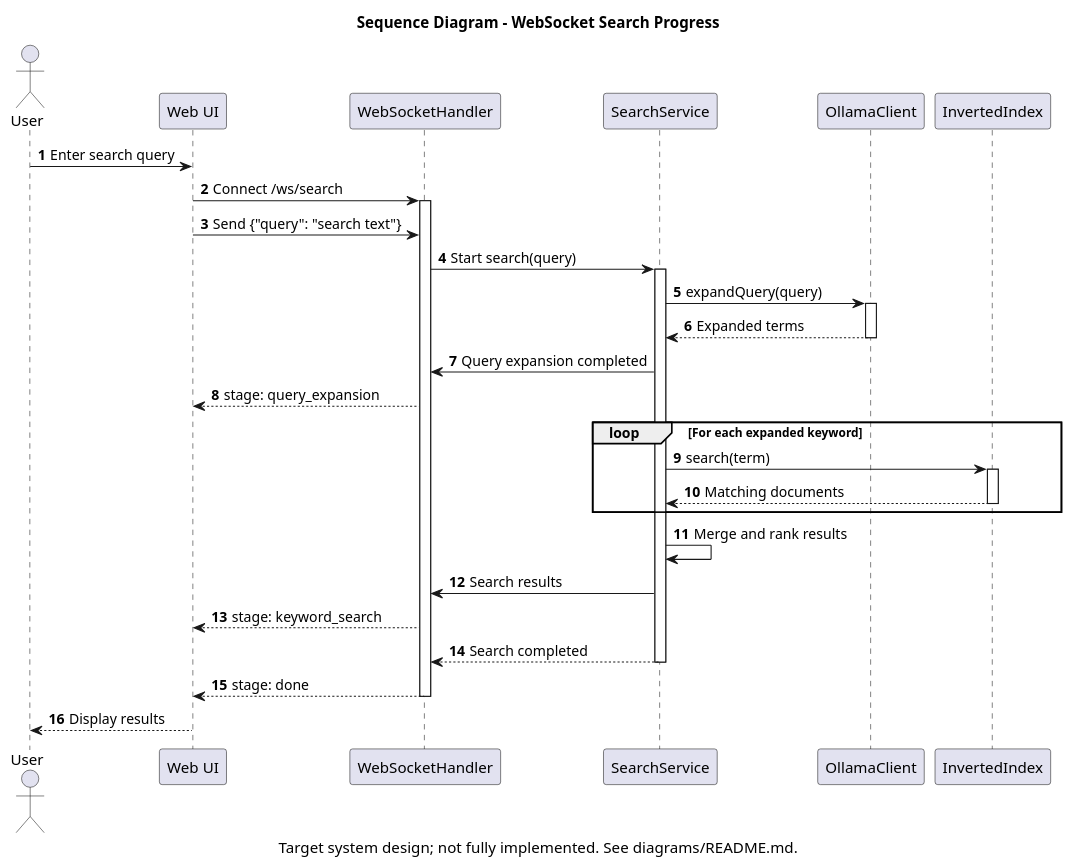
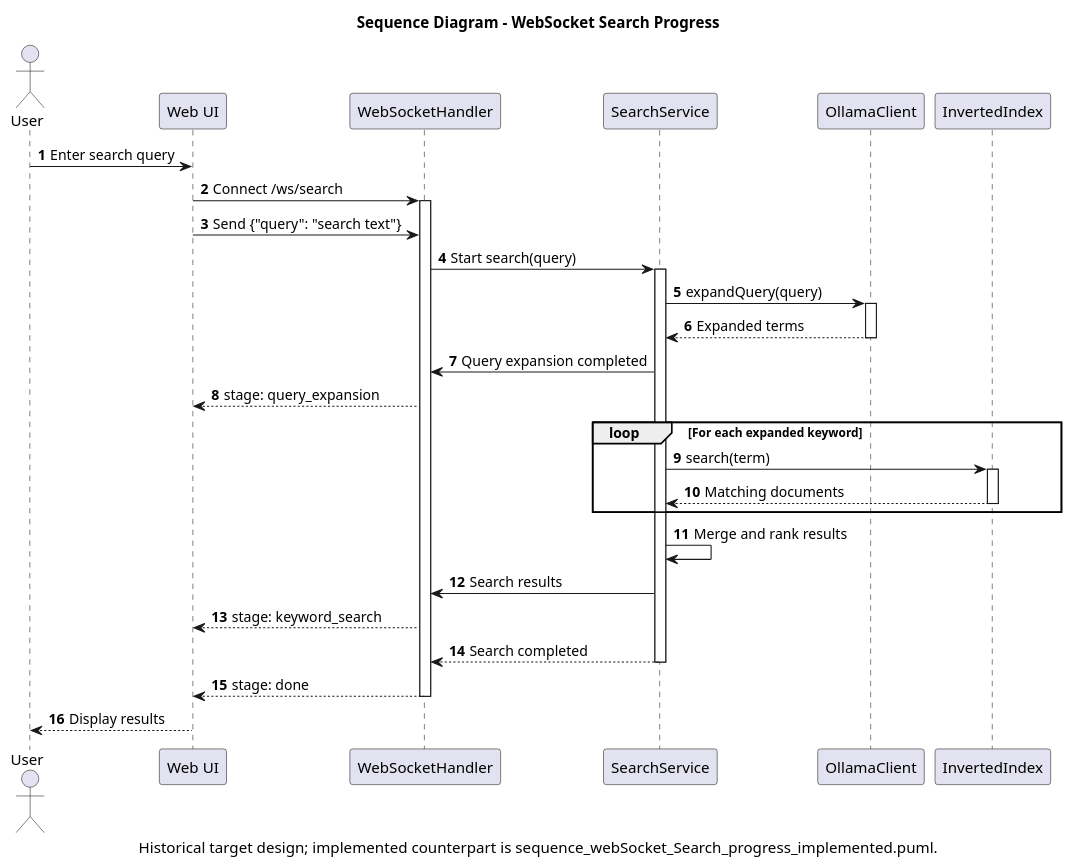
Before and after one commit to bebroidrur/Coursework_Parallel_Computing: the diagram in diagrams/sequence_webSocket_Search_progress.puml, drawn with PlantUML. The commit also changed 47 other files, not shown here.

```diff
--- a/diagrams/sequence_webSocket_Search_progress.puml
+++ b/diagrams/sequence_webSocket_Search_progress.puml
@@ -1,52 +1,52 @@
 @startuml
-caption Target system design; not fully implemented. See diagrams/README.md.
+caption Historical target design; implemented counterpart is sequence_webSocket_Search_progress_implemented.puml.
 title Sequence Diagram - WebSocket Search Progress
 
 autonumber
 skinparam shadowing false
 
 actor User
 participant "Web UI" as UI
 participant "WebSocketHandler" as WS
 participant "SearchService" as Search
 participant "OllamaClient" as Ollama
 participant "InvertedIndex" as Index
 
 User -> UI: Enter search query
 UI -> WS: Connect /ws/search
 activate WS
 
 UI -> WS: Send {"query": "search text"}
 
 WS -> Search: Start search(query)
 activate Search
 
 Search -> Ollama: expandQuery(query)
 activate Ollama
 
 Ollama --> Search: Expanded terms
 deactivate Ollama
 
 Search -> WS: Query expansion completed
 WS --> UI: stage: query_expansion
 
 loop For each expanded keyword
     Search -> Index: search(term)
     activate Index
     Index --> Search: Matching documents
     deactivate Index
 end
 
 Search -> Search: Merge and rank results
 
 Search -> WS: Search results
 WS --> UI: stage: keyword_search
 
 Search --> WS: Search completed
 deactivate Search
 
 WS --> UI: stage: done
 deactivate WS
 
 UI --> User: Display results
 @enduml
```
